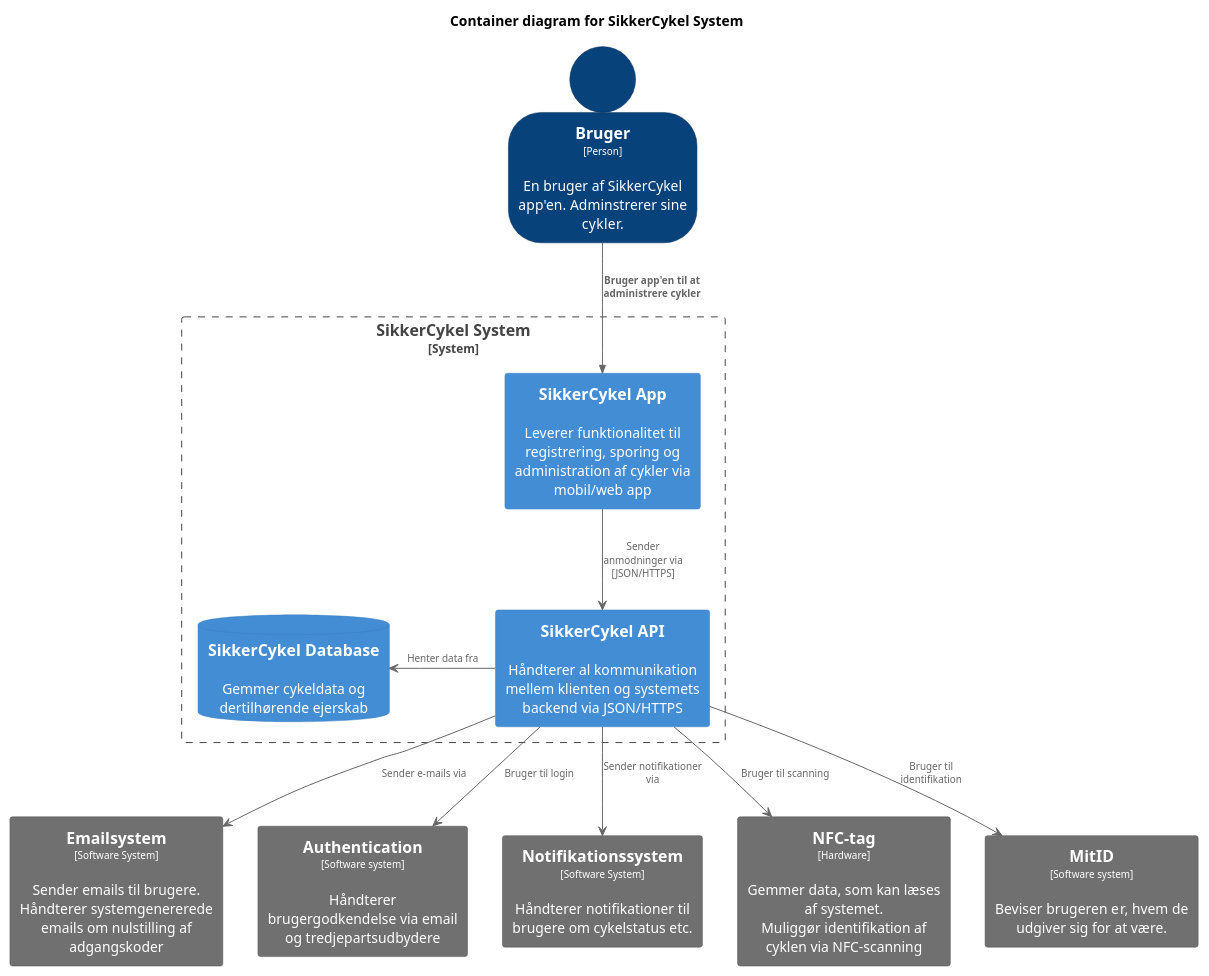
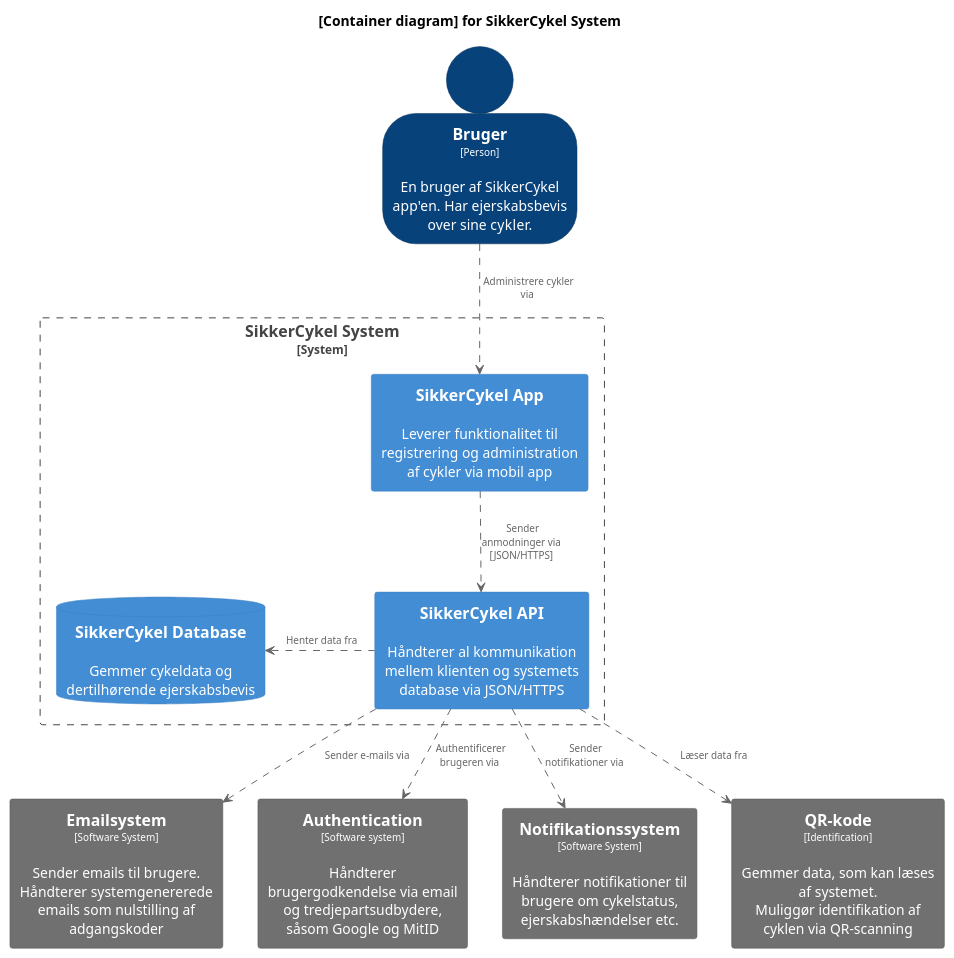
The diagram in out/PlantUML/c4niveau-niveau2.puml (Sejehugo/SikkerCykel), drawn with PlantUML before and after one commit. The commit also changed 4 other files, not shown here.

Commit message:
C4 diagrammerne

```diff
--- a/out/PlantUML/c4niveau-niveau2.puml
+++ b/out/PlantUML/c4niveau-niveau2.puml
@@ -1,101 +1,99 @@
-@startuml test
+@startuml c4niveau-niveau2-bruger
 !include https://raw.githubusercontent.com/plantuml-stdlib/C4-PlantUML/master/C4_Container.puml
 
-title Container diagram for SikkerCykel System
+title [Container diagram] for SikkerCykel System
 
 top to bottom direction
 
 skinparam {
   arrowFontSize 10
   defaultTextAlignment center
   wrapWidth 200
   maxMessageSize 100
 }
 
 hide stereotype
 
 skinparam person<<SystemAdminstrator>> {
   BackgroundColor #lightgrey
   FontColor #black
   BorderColor #052e56
   shadowing false
 }
 skinparam person<<AnonymousUser>> {
   BackgroundColor #08427b
   FontColor #ffffff
   BorderColor #052e56
   shadowing false
 }
 skinparam rectangle<<ExternalSystem>> {
   BackgroundColor #1168bd
   FontColor #ffffff
   BorderColor #0b4884
   shadowing false
 }
 skinparam rectangle<<SikkerCykelSystem>> {
   BackgroundColor #1168bd
   FontColor #ffffff
   BorderColor #0b4884
   shadowing false
 }
 skinparam person<<User>> {
   BackgroundColor #08427b
   FontColor #ffffff
   BorderColor #052e56
   shadowing false
 }
 skinparam person<<PoliceOfficer>> {
   BackgroundColor #08427b
   FontColor #ffffff
   BorderColor #052e56
   shadowing false
 }
 skinparam person<<BicycleImporter>> {
   BackgroundColor #08427b
   FontColor #ffffff
   BorderColor #052e56
   shadowing false
 }
 skinparam person<<BicycleDealer>> {
   BackgroundColor #08427b
   FontColor #ffffff
   BorderColor #052e56
   shadowing false
 }
 
 ' ' Grå bokse til Emailsystem, Firebase, Google Login og NFC-chip
 skinparam rectangle<<GrayBox>> {
   BackgroundColor #707070
   FontColor #ffffff
   BorderColor #505050
   shadowing false
 }
 
-person "==Bruger\n<size:10>[Person]</size>\n\nEn bruger af SikkerCykel app'en. Adminstrerer sine cykler." <<User>> as Bruger
+person "==Bruger\n<size:10>[Person]</size>\n\nEn bruger af SikkerCykel app'en. Har ejerskabsbevis over sine cykler." <<User>> as Bruger
 
 System_Boundary(c1, "SikkerCykel System") {
-    Container(app, "SikkerCykel App", "", "Leverer funktionalitet til registrering, sporing og administration af cykler via mobil/web app")
-    Container(api, "SikkerCykel API", "", "Håndterer al kommunikation mellem klienten og systemets backend via JSON/HTTPS")
-    ContainerDb(database, "SikkerCykel Database", "", "Gemmer cykeldata og dertilhørende ejerskab")
+    Container(app, "SikkerCykel App", "", "Leverer funktionalitet til registrering og administration af cykler via mobil app")
+    Container(api, "SikkerCykel API", "", "Håndterer al kommunikation mellem klienten og systemets database via JSON/HTTPS")
+    ContainerDb(database, "SikkerCykel Database", "", "Gemmer cykeldata og dertilhørende ejerskabsbevis")
 }
 
 ' ' Eksterne systemer til venstre
-rectangle "==Emailsystem\n<size:10>[Software System]</size>\n\nSender emails til brugere.\nHåndterer systemgenererede emails om nulstilling af adgangskoder" <<GrayBox>> as Email
-rectangle "==Authentication\n<size:10>[Software system]</size>\n\nHåndterer brugergodkendelse via email og tredjepartsudbydere" <<GrayBox>> as Authentication
+rectangle "==Emailsystem\n<size:10>[Software System]</size>\n\nSender emails til brugere.\nHåndterer systemgenererede emails som nulstilling af adgangskoder" <<GrayBox>> as Email
+rectangle "==Authentication\n<size:10>[Software system]</size>\n\nHåndterer brugergodkendelse via email og tredjepartsudbydere, såsom Google og MitID" <<GrayBox>> as Authentication
 
 ' ' Eksterne systemer til højre
-rectangle "==Notifikationssystem\n<size:10>[Software System]</size>\n\nHåndterer notifikationer til brugere om cykelstatus etc." <<GrayBox>> as Notifikation
-rectangle "==NFC-tag\n<size:10>[Hardware]</size>\n\nGemmer data, som kan læses af systemet.\nMuliggør identifikation af cyklen via NFC-scanning" <<GrayBox>> as NFCchipindlejretiKlistermaerke
-rectangle "==MitID\n<size:10>[Software system]</size>\n\nBeviser brugeren er, hvem de udgiver sig for at være." <<GrayBox>> as MitID
+rectangle "==Notifikationssystem\n<size:10>[Software System]</size>\n\nHåndterer notifikationer til brugere om cykelstatus, ejerskabshændelser etc." <<GrayBox>> as Notifikation
+rectangle "==QR-kode\n<size:10>[Identification]</size>\n\nGemmer data, som kan læses af systemet.\nMuliggør identifikation af cyklen via QR-scanning" <<GrayBox>> as QRKodeIngraveretICykel
 
 ' ' Relationer mellem brugere og systemet
-Rel(Bruger, app, "Bruger app'en til at administrere cykler")
-app --> api: "Sender anmodninger via\n[JSON/HTTPS]"
-api --> Notifikation: "Sender notifikationer via"
-api --> Authentication: "Bruger til login"
-api -left-> database: "Henter data fra"
-api --> NFCchipindlejretiKlistermaerke : "Bruger til scanning"
-api --> MitID: "Bruger til identifikation"
-api --> Email: "Sender e-mails via"
+Bruger ..> app: " Administrere cykler via"
+app ..> api: " Sender anmodninger via\n[JSON/HTTPS]"
+api ..> Notifikation: " Sender notifikationer via"
+api ..> Authentication: " Authentificerer brugeren via"
+api .left.> database: " Henter data fra"
+api ..> QRKodeIngraveretICykel: " Læser data fra"
+api ..> Email: " Sender e-mails via"
 
 @enduml
```
